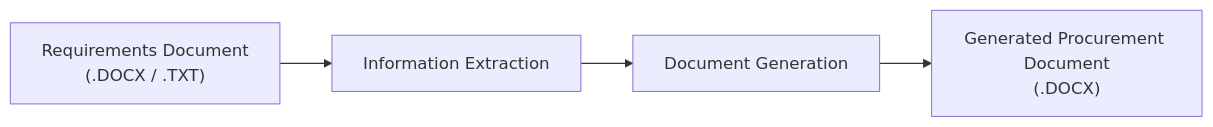
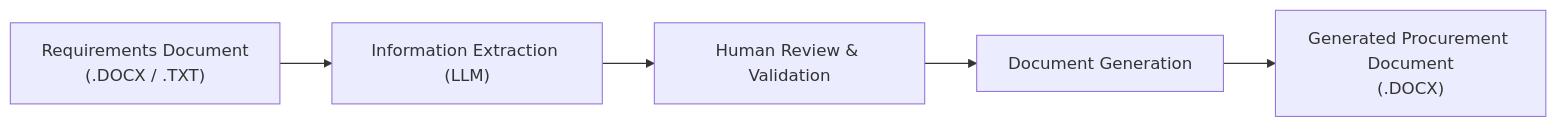
The diagram in README.md (yahhiya/Procurement-Document-Generator), drawn with Mermaid before and after one commit. The commit also changed other lines of this file, not shown here.

````diff
--- a/README.md
+++ b/README.md
@@ -15,7 +12,8 @@
 ```mermaid
 flowchart LR
     A["Requirements Document<br/>(.DOCX / .TXT)"]
-    --> B["Information Extraction"]
-    --> C["Document Generation"]
-    --> D["Generated Procurement Document<br/>(.DOCX)"]
+    --> B["Information Extraction (LLM)"]
+    --> C["Human Review & Validation"]
+    --> D["Document Generation"]
+    --> E["Generated Procurement Document<br/>(.DOCX)"]
 ```
````
